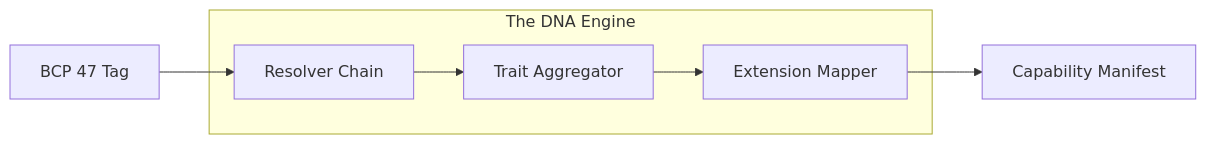
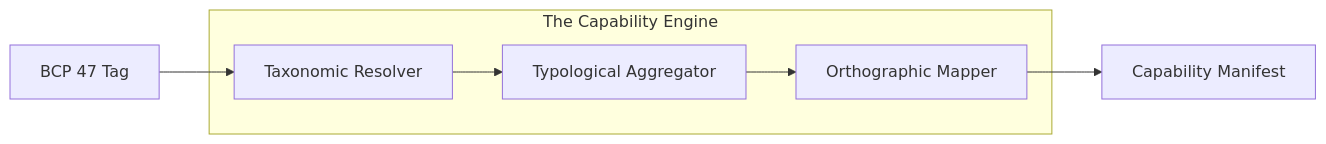
One commit to fwazeter/bistun changed the diagram in README.md. Above: the diagram before and after it, drawn with Mermaid. The commit also changed other lines of this file and 8 other files, not shown here.

````diff
--- a/README.md
+++ b/README.md
@@ -22,12 +22,12 @@
 ```mermaid
 graph LR
-    A[BCP 47 Tag] --> B[Resolver Chain]
-    B --> C[Trait Aggregator]
-    C --> D[Extension Mapper]
+    A[BCP 47 Tag] --> B[Taxonomic Resolver]
+    B --> C[Typological Aggregator]
+    C --> D[Orthographic Mapper]
     D --> E[Capability Manifest]
-    subgraph "The DNA Engine"
+    subgraph "The Capability Engine"
     B
     C
     D
     end
 ```
````
